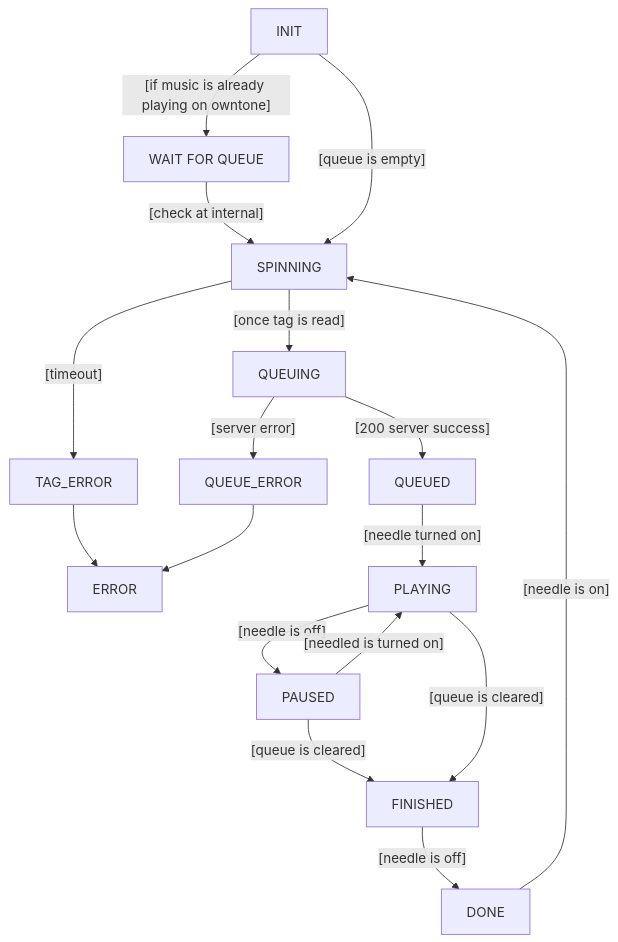
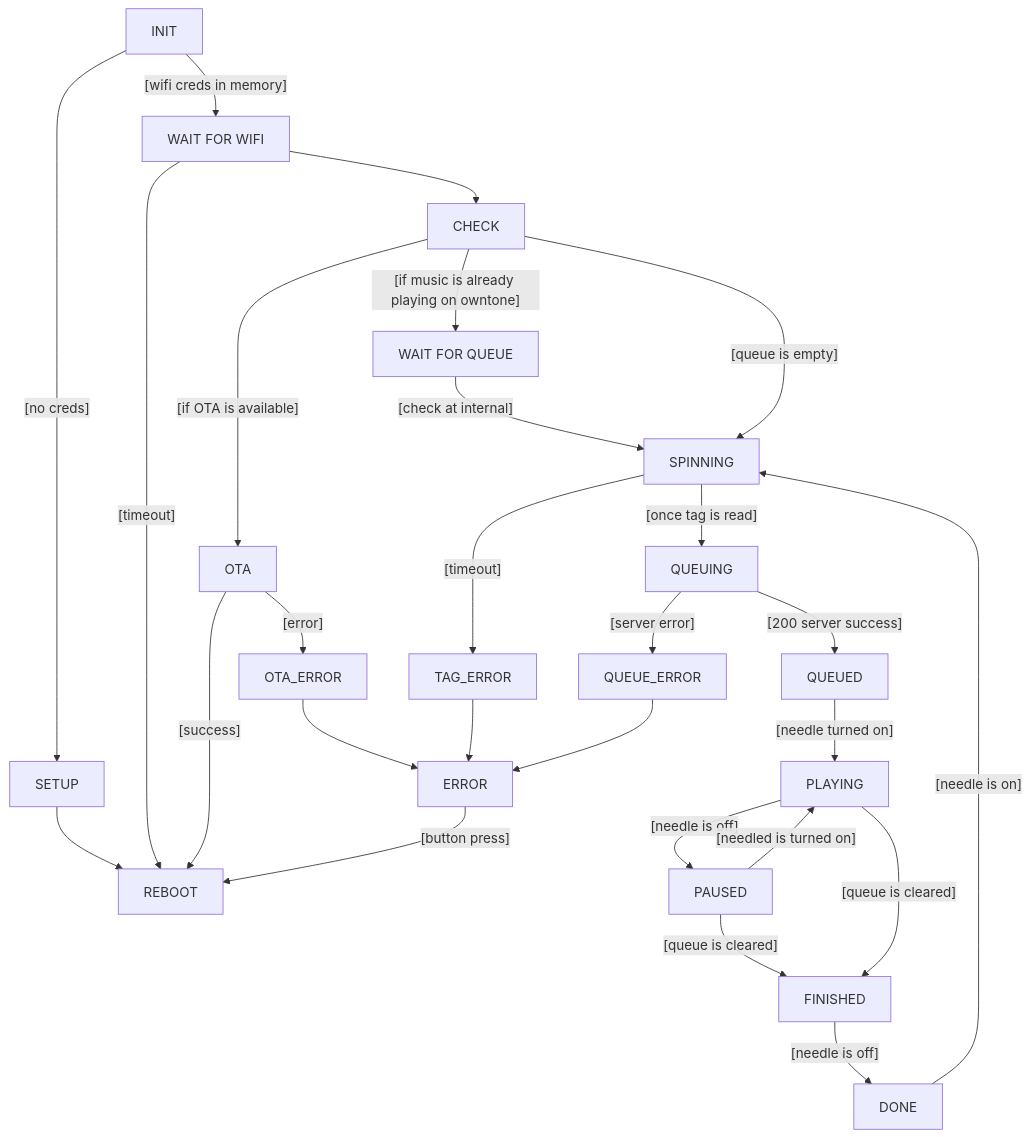
The diagram in documents/statemachine.md (matthewfcarlson/vyknoll), drawn with Mermaid before and after one commit. The commit also changed 1 other file, not shown here.

Commit message:
Update state machine documentation

````diff
--- a/documents/statemachine.md
+++ b/documents/statemachine.md
@@ -5,21 +5,31 @@
 ```mermaid
 graph TD
-INIT
+INIT--[wifi creds in memory]-->WAITING_FOR_WIFI
+INIT --[no creds]-->SETUP
+SETUP --> REBOOT
+WAITING_FOR_WIFI[WAIT FOR WIFI]
+WAITING_FOR_WIFI --[timeout]-->REBOOT
+WAITING_FOR_WIFI --> CHECK
 WAITING_FOR_QUEUE[WAIT FOR QUEUE]
-INIT --[if music is already playing on owntone]-->WAITING_FOR_QUEUE
+CHECK --[if OTA is available]-->OTA
+OTA --[error]-->OTA_ERROR
+OTA_ERROR --> ERROR
+OTA --[success]-->REBOOT
+ERROR --[button press]-->REBOOT
+CHECK --[if music is already playing on owntone]-->WAITING_FOR_QUEUE
 WAITING_FOR_QUEUE --[check at internal]-->SPINNING
-INIT --[queue is empty]-->SPINNING
+CHECK --[queue is empty]-->SPINNING
 SPINNING --[once tag is read]-->QUEUING
 SPINNING --[timeout]--> TAG_ERROR
 TAG_ERROR --> ERROR
 QUEUING --[200 server success]--> QUEUED
 QUEUING --[server error]--> QUEUE_ERROR
 QUEUE_ERROR --> ERROR
 QUEUED --[needle turned on]--> PLAYING
 PLAYING --[needle is off]--> PAUSED
 PAUSED --[needled is turned on]--> PLAYING
 PAUSED --[queue is cleared]--> FINISHED
 PLAYING --[queue is cleared]--> FINISHED
 FINISHED --[needle is off]--> DONE
 DONE --[needle is on]--> SPINNING
 ```
````
